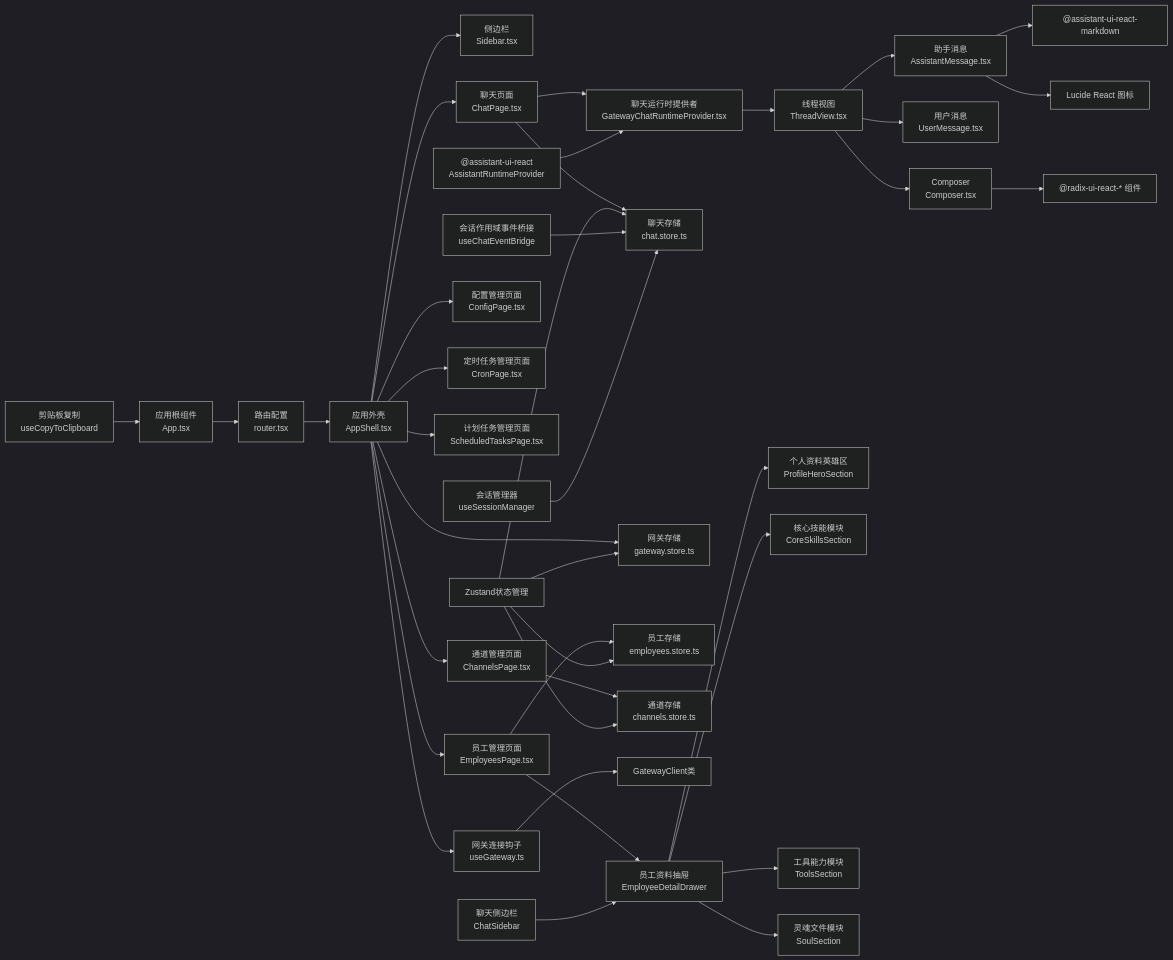
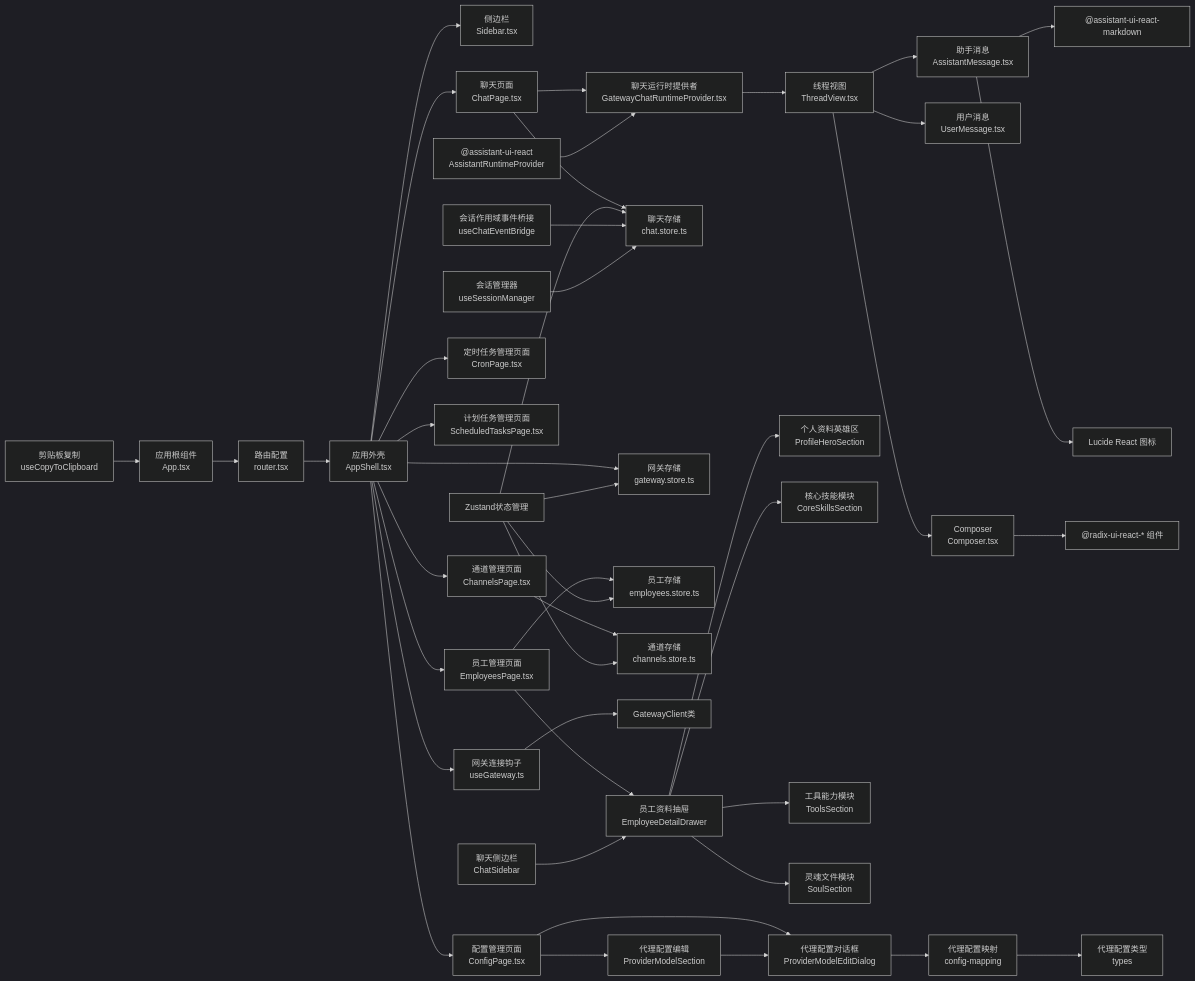
Before and after one commit to verse-ai-org/openclaw: the sixth of 6 diagrams in .qoder/repowiki/zh/content/Web界面/Web界面.md, drawn with Mermaid (dark theme). The commit also changed other lines of this file and 17 other files, not shown here.

````diff
--- a/.qoder/repowiki/zh/content/Web界面/Web界面.md
+++ b/.qoder/repowiki/zh/content/Web界面/Web界面.md
@@ -935,40 +1052,45 @@
 ```mermaid
 graph LR
 App["应用根组件<br/>App.tsx"] --> Router["路由配置<br/>router.tsx"]
 Router --> Shell["应用外壳<br/>AppShell.tsx"]
 Shell --> Sidebar["侧边栏<br/>Sidebar.tsx"]
 Shell --> ChatPage["聊天页面<br/>ChatPage.tsx"]
 Shell --> EmployeesPage["员工管理页面<br/>EmployeesPage.tsx"]
 Shell --> ChannelsPage["通道管理页面<br/>ChannelsPage.tsx"]
 Shell --> ConfigPage["配置管理页面<br/>ConfigPage.tsx"]
 Shell --> CronPage["定时任务管理页面<br/>CronPage.tsx"]
 Shell --> ScheduledTasksPage["计划任务管理页面<br/>ScheduledTasksPage.tsx"]
 ChatPage --> Runtime["聊天运行时提供者<br/>GatewayChatRuntimeProvider.tsx"]
 Runtime --> ThreadView["线程视图<br/>ThreadView.tsx"]
 ThreadView --> AssistantMessage["助手消息<br/>AssistantMessage.tsx"]
 ThreadView --> UserMessage["用户消息<br/>UserMessage.tsx"]
 ThreadView --> Composer["Composer<br/>Composer.tsx"]
 ChatPage --> ChatStore["聊天存储<br/>chat.store.ts"]
 Shell --> GatewayStore["网关存储<br/>gateway.store.ts"]
 EmployeesPage --> EmployeesStore["员工存储<br/>employees.store.ts"]
 ChannelsPage --> ChannelsStore["通道存储<br/>channels.store.ts"]
 Shell --> GatewayHook["网关连接钩子<br/>useGateway.ts"]
 GatewayHook --> GatewayClient["GatewayClient类"]
 AssistantRuntimeProvider["@assistant-ui-react<br/>AssistantRuntimeProvider"] --> Runtime
 Zustand["Zustand状态管理"] --> ChatStore
 Zustand --> GatewayStore
 Zustand --> EmployeesStore
 Zustand --> ChannelsStore
 AssistantMessage --> Markdown["@assistant-ui-react-markdown"]
 AssistantMessage --> Lucide["Lucide React 图标"]
 Composer --> RadixUI["@radix-ui-react-* 组件"]
 useChatEventBridge["会话作用域事件桥接<br/>useChatEventBridge"] --> ChatStore
 useSessionManager["会话管理器<br/>useSessionManager"] --> ChatStore
 useCopyToClipboard["剪贴板复制<br/>useCopyToClipboard"] --> App
 EmployeesPage --> EmployeeDetailDrawer["员工资料抽屉<br/>EmployeeDetailDrawer"]
 EmployeeDetailDrawer --> ProfileHero["个人资料英雄区<br/>ProfileHeroSection"]
 EmployeeDetailDrawer --> CoreSkills["核心技能模块<br/>CoreSkillsSection"]
 EmployeeDetailDrawer --> ToolsSection["工具能力模块<br/>ToolsSection"]
 EmployeeDetailDrawer --> SoulSection["灵魂文件模块<br/>SoulSection"]
 ChatSidebar["聊天侧边栏<br/>ChatSidebar"] --> EmployeeDetailDrawer
+ConfigPage --> ProviderModelSection["代理配置编辑<br/>ProviderModelSection"]
+ConfigPage --> ProviderModelEditDialog["代理配置对话框<br/>ProviderModelEditDialog"]
+ProviderModelSection --> ProviderModelEditDialog
+ProviderModelEditDialog --> ConfigMapping["代理配置映射<br/>config-mapping"]
+ConfigMapping --> ProviderModelTypes["代理配置类型<br/>types"]
 ```
````
